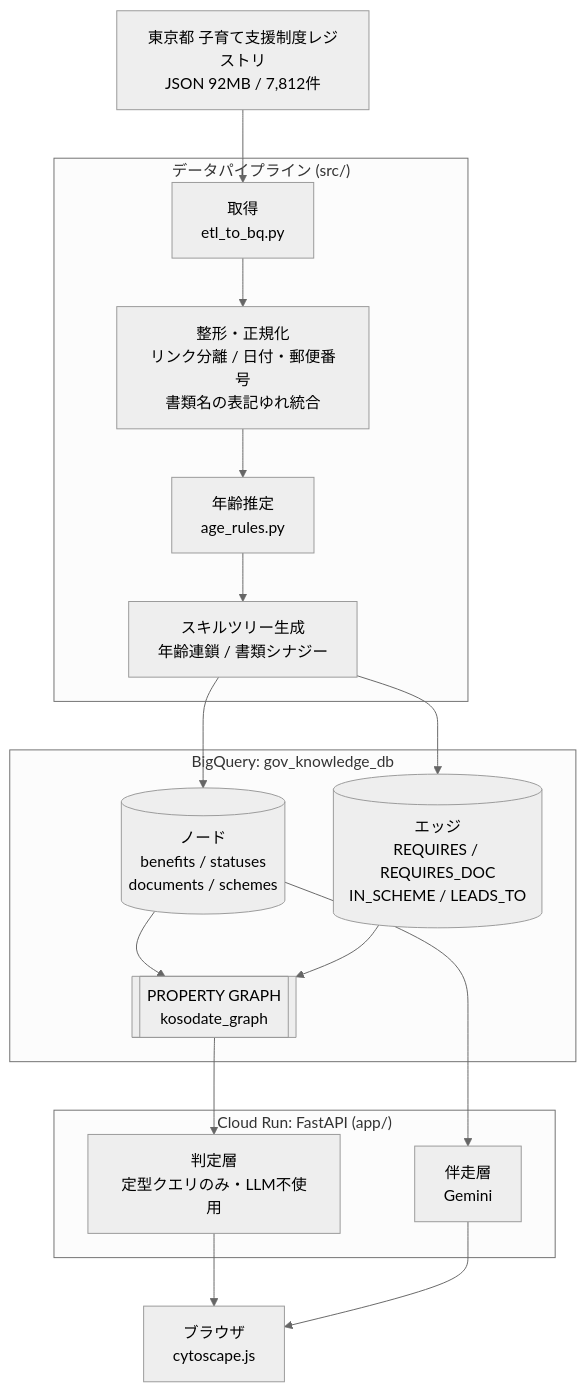
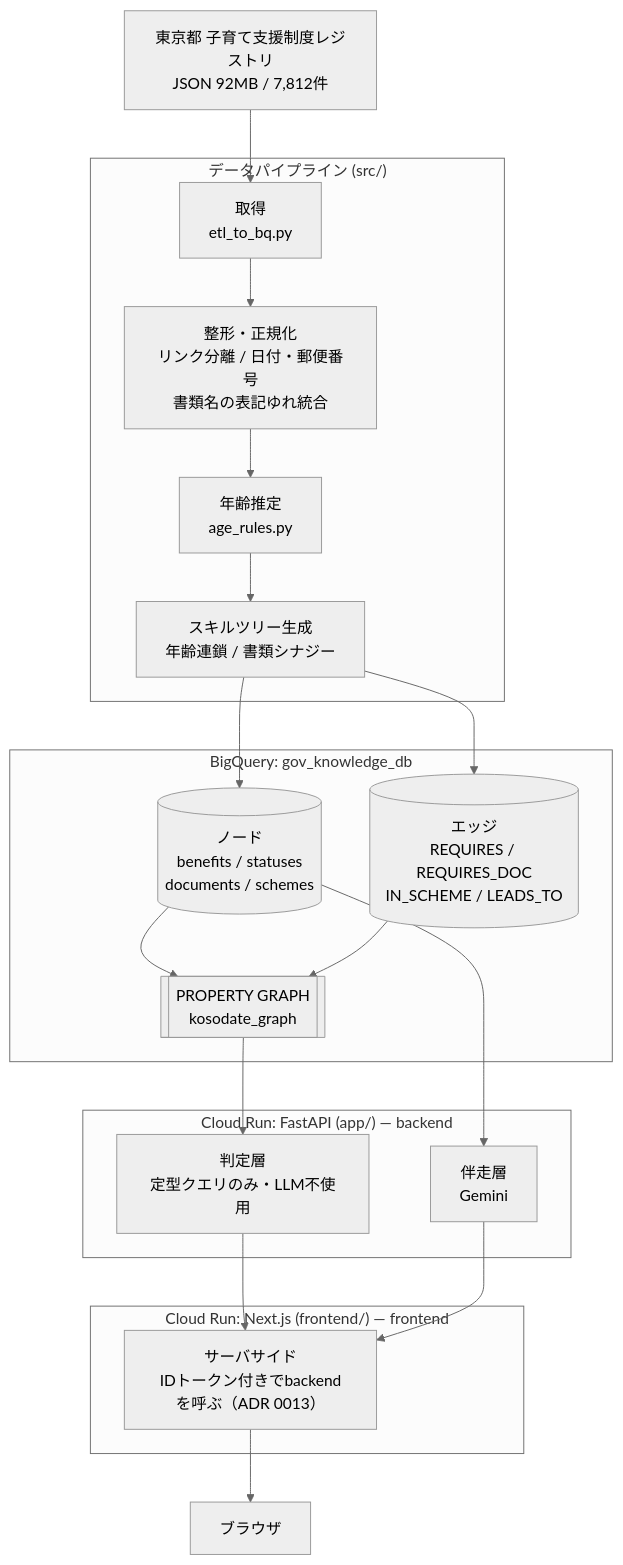
Before and after one commit to NAKAHARA-Yuki/tokyo-kosodate-navi: the diagram in docs/architecture.md, drawn with Mermaid (neutral theme). The commit also changed other lines of this file and 25 other files, not shown here.

````diff
--- a/docs/architecture.md
+++ b/docs/architecture.md
@@ -5,28 +5,33 @@
 ```mermaid
 flowchart TB
     SRC[東京都 子育て支援制度レジストリ<br/>JSON 92MB / 7,812件]
 
     subgraph ETL["データパイプライン (src/)"]
         FETCH[取得<br/>etl_to_bq.py]
         NORM[整形・正規化<br/>リンク分離 / 日付・郵便番号<br/>書類名の表記ゆれ統合]
         AGE[年齢推定<br/>age_rules.py]
         EDGE[スキルツリー生成<br/>年齢連鎖 / 書類シナジー]
     end
 
     subgraph BQ["BigQuery: gov_knowledge_db"]
         NODES[(ノード<br/>benefits / statuses<br/>documents / schemes)]
         EDGES[(エッジ<br/>REQUIRES / REQUIRES_DOC<br/>IN_SCHEME / LEADS_TO)]
         GRAPH[["PROPERTY GRAPH<br/>kosodate_graph"]]
     end
 
-    subgraph RUN["Cloud Run: FastAPI (app/)"]
+    subgraph RUN["Cloud Run: FastAPI (app/) — backend"]
         MATCH["判定層<br/>定型クエリのみ・LLM不使用"]
         SUPPORT["伴走層<br/>Gemini"]
     end
 
-    UI[ブラウザ<br/>cytoscape.js]
+    subgraph FRONT["Cloud Run: Next.js (frontend/) — frontend"]
+        PROXY["サーバサイド<br/>IDトークン付きでbackendを呼ぶ（ADR 0013）"]
+    end
+
+    UI[ブラウザ]
 
     SRC --> FETCH --> NORM --> AGE --> EDGE --> NODES & EDGES --> GRAPH
-    GRAPH --> MATCH --> UI
-    NODES --> SUPPORT --> UI
+    GRAPH --> MATCH --> PROXY
+    NODES --> SUPPORT --> PROXY
+    PROXY --> UI
 ```
````
